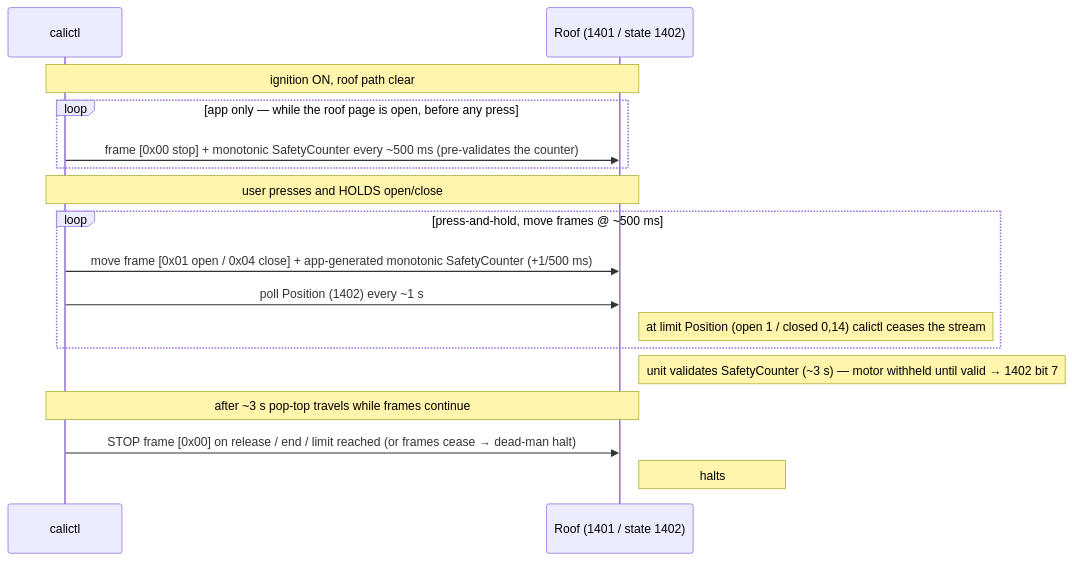
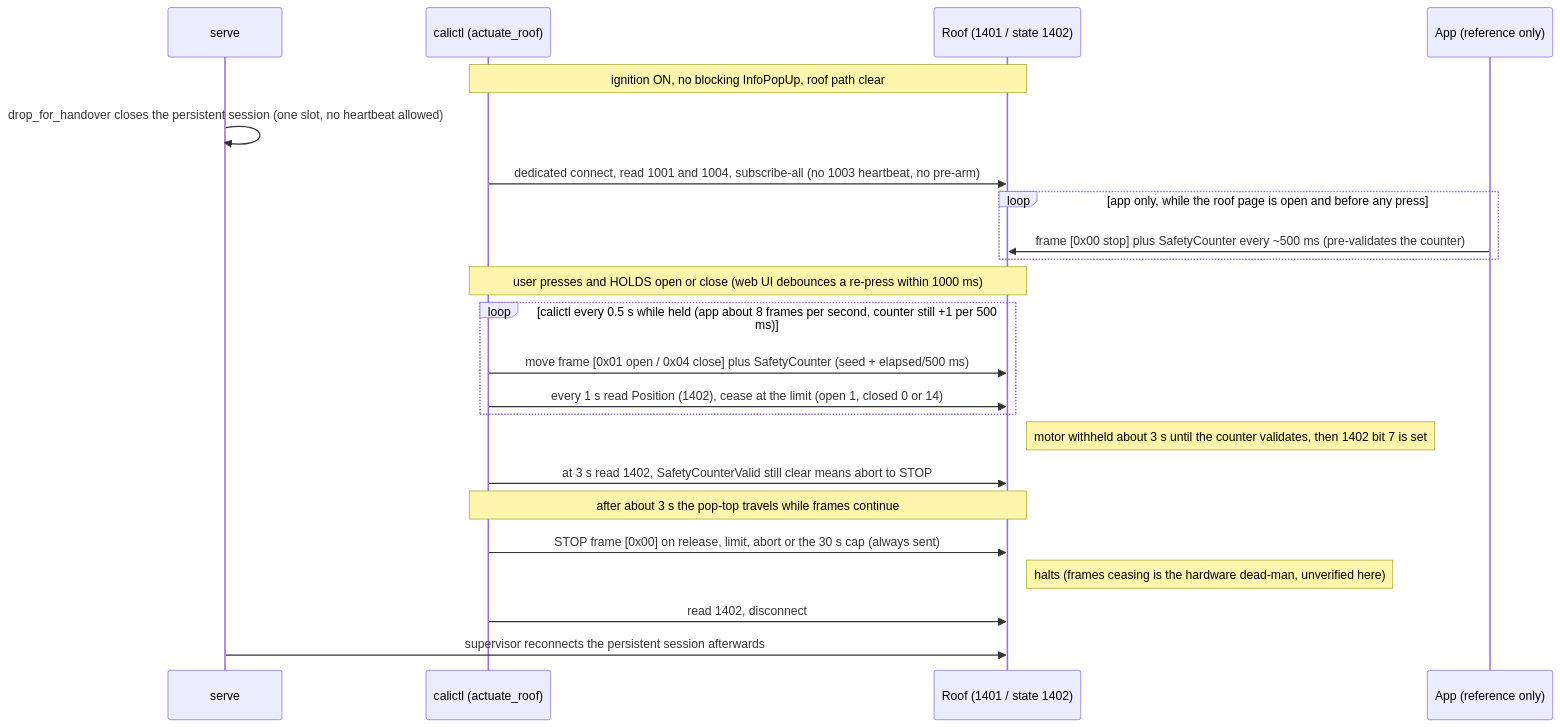
Before and after one commit to ckeller42/open-california: the seventh of 10 diagrams in docs/protocol-sequences.rst, drawn with Mermaid. The commit also changed other lines of this file and 35 other files, not shown here.

First line of the commit message:
docs: fix stale docs; single-source protocol sequences, drop LikeC4; simulation & CI docs (#202)

```diff
--- a/docs/protocol-sequences.rst
+++ b/docs/protocol-sequences.rst
@@ -236,19 +554,25 @@
 .. mermaid::
 
     sequenceDiagram
-        participant C as calictl
+        participant S as serve
+        participant C as calictl (actuate_roof)
         participant U as Roof (1401 / state 1402)
-        Note over C,U: ignition ON, roof path clear
-        loop app only — while the roof page is open, before any press
-            C->>U: frame [0x00 stop] + monotonic SafetyCounter every ~500 ms (pre-validates the counter)
+        participant A as App (reference only)
+        Note over C,U: ignition ON, no blocking InfoPopUp, roof path clear
+        S->>S: drop_for_handover closes the persistent session (one slot, no heartbeat allowed)
+        C->>U: dedicated connect, read 1001 and 1004, subscribe-all (no 1003 heartbeat, no pre-arm)
+        loop app only, while the roof page is open and before any press
+            A->>U: frame [0x00 stop] plus SafetyCounter every ~500 ms (pre-validates the counter)
         end
-        Note over C,U: user presses and HOLDS open/close
-        loop press-and-hold, move frames @ ~500 ms
-            C->>U: move frame [0x01 open / 0x04 close] + app-generated monotonic SafetyCounter (+1/500 ms)
-            C->>U: poll Position (1402) every ~1 s
-            Note right of U: at limit Position (open 1 / closed 0,14) calictl ceases the stream
+        Note over C,U: user presses and HOLDS open or close (web UI debounces a re-press within 1000 ms)
+        loop calictl every 0.5 s while held (app about 8 frames per second, counter still +1 per 500 ms)
+            C->>U: move frame [0x01 open / 0x04 close] plus SafetyCounter (seed + elapsed/500 ms)
+            C->>U: every 1 s read Position (1402), cease at the limit (open 1, closed 0 or 14)
         end
-        Note right of U: unit validates SafetyCounter (~3 s) — motor withheld until valid → 1402 bit 7
-        Note over C,U: after ~3 s pop-top travels while frames continue
-        C->>U: STOP frame [0x00] on release / end / limit reached (or frames cease → dead-man halt)
-        Note right of U: halts
+        Note right of U: motor withheld about 3 s until the counter validates, then 1402 bit 7 is set
+        C->>U: at 3 s read 1402, SafetyCounterValid still clear means abort to STOP
+        Note over C,U: after about 3 s the pop-top travels while frames continue
+        C->>U: STOP frame [0x00] on release, limit, abort or the 30 s cap (always sent)
+        Note right of U: halts (frames ceasing is the hardware dead-man, unverified here)
+        C->>U: read 1402, disconnect
+        S->>U: supervisor reconnects the persistent session afterwards
```
